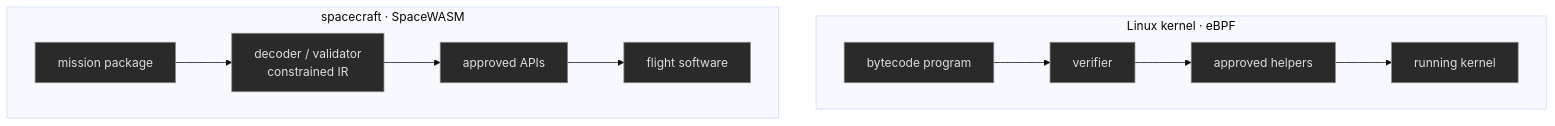
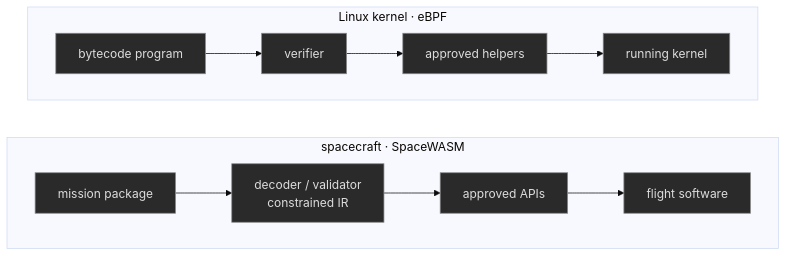
Before and after one commit to FidelityFramework/clef-lang-site: the second of 4 diagrams in hugo/content/blog/flight-qualified-bytecode.md, drawn with Mermaid (base theme). The commit also changed other lines of this file and 4 other files, not shown here.

````diff
--- a/hugo/content/blog/flight-qualified-bytecode.md
+++ b/hugo/content/blog/flight-qualified-bytecode.md
@@ -39,13 +39,13 @@
 ```mermaid
-flowchart TB
+flowchart LR
+    subgraph S["spacecraft · SpaceWASM"]
+        direction LR
+        P2["mission package"] --> V2["decoder / validator<br/>constrained IR"] --> A2["approved APIs"] --> F2["flight software"]
+    end
     subgraph K["Linux kernel · eBPF"]
         direction LR
         P1["bytecode program"] --> V1["verifier"] --> H1["approved helpers"] --> K1["running kernel"]
     end
-    subgraph S["spacecraft · SpaceWASM"]
-        direction LR
-        P2["mission package"] --> V2["decoder / validator<br/>constrained IR"] --> A2["approved APIs"] --> F2["flight software"]
-    end
     classDef theirs fill:#2a2a2a,stroke:#888,color:#ddd;
     class P1,V1,H1,K1,P2,V2,A2,F2 theirs;
 ```
````
